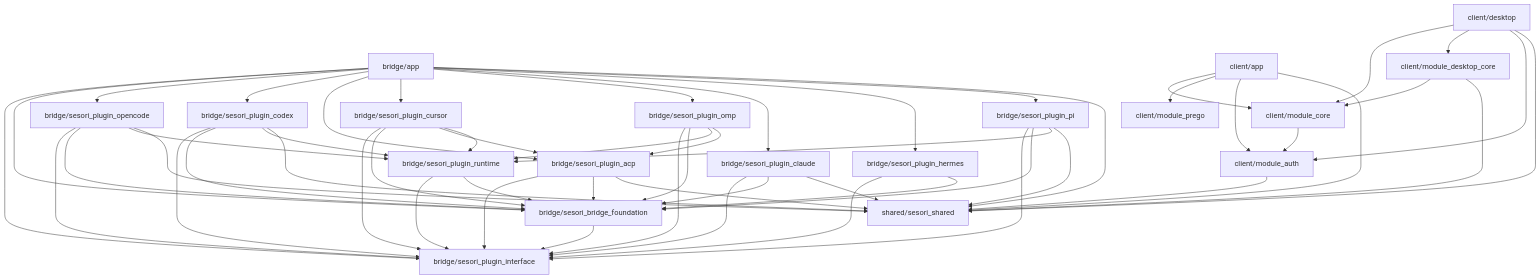
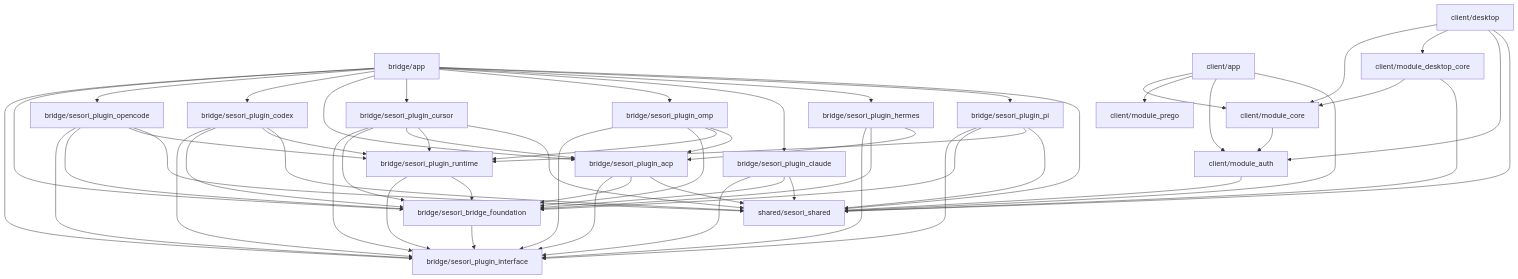
One commit to sesori-ai/sesori_apps_monorepo changed the first of 2 diagrams in docs/ARCHITECTURE.md. Above: the diagram before and after it, drawn with Mermaid. The commit also changed 1 other file, not shown here.

Commit message:
🌿 [codebase-cleanup] docs: correct the GitHubReleasesApi name and two graph edges
Review caught GithubReleasesApi (the class is GitHubReleasesApi) and a missing
hermes -> acp edge; cross-checking every plugin pubspec against the graph found
cursor -> sesori_shared missing too. All declared dependencies are now present.

````diff
--- a/docs/ARCHITECTURE.md
+++ b/docs/ARCHITECTURE.md
@@ -39,58 +39,60 @@
 ```mermaid
 graph TD
   bridge_app[bridge/app] --> sesori_plugin_interface[bridge/sesori_plugin_interface]
   bridge_app --> sesori_bridge_foundation[bridge/sesori_bridge_foundation]
   bridge_app --> sesori_plugin_opencode[bridge/sesori_plugin_opencode]
   bridge_app --> sesori_plugin_codex[bridge/sesori_plugin_codex]
   bridge_app --> sesori_plugin_acp[bridge/sesori_plugin_acp]
   bridge_app --> sesori_plugin_cursor[bridge/sesori_plugin_cursor]
   bridge_app --> sesori_plugin_omp[bridge/sesori_plugin_omp]
   bridge_app --> sesori_plugin_claude[bridge/sesori_plugin_claude]
   bridge_app --> sesori_plugin_hermes[bridge/sesori_plugin_hermes]
   bridge_app --> sesori_plugin_pi[bridge/sesori_plugin_pi]
   bridge_app --> sesori_shared[shared/sesori_shared]
   sesori_bridge_foundation --> sesori_plugin_interface
   sesori_plugin_runtime[bridge/sesori_plugin_runtime] --> sesori_plugin_interface
   sesori_plugin_runtime --> sesori_bridge_foundation
   sesori_plugin_opencode --> sesori_plugin_interface
   sesori_plugin_opencode --> sesori_bridge_foundation
   sesori_plugin_opencode --> sesori_plugin_runtime
   sesori_plugin_opencode --> sesori_shared
   sesori_plugin_codex --> sesori_plugin_interface
   sesori_plugin_codex --> sesori_bridge_foundation
   sesori_plugin_codex --> sesori_plugin_runtime
   sesori_plugin_codex --> sesori_shared
   sesori_plugin_acp --> sesori_plugin_interface
   sesori_plugin_acp --> sesori_bridge_foundation
   sesori_plugin_acp --> sesori_shared
   sesori_plugin_cursor --> sesori_plugin_interface
   sesori_plugin_cursor --> sesori_bridge_foundation
   sesori_plugin_cursor --> sesori_plugin_acp
   sesori_plugin_cursor --> sesori_plugin_runtime
+  sesori_plugin_cursor --> sesori_shared
   sesori_plugin_omp --> sesori_plugin_interface
   sesori_plugin_omp --> sesori_bridge_foundation
   sesori_plugin_omp --> sesori_plugin_runtime
   sesori_plugin_omp --> sesori_plugin_acp
   sesori_plugin_claude --> sesori_plugin_interface
   sesori_plugin_claude --> sesori_bridge_foundation
   sesori_plugin_claude --> sesori_shared
   sesori_plugin_hermes --> sesori_plugin_interface
   sesori_plugin_hermes --> sesori_bridge_foundation
+  sesori_plugin_hermes --> sesori_plugin_acp
   sesori_plugin_pi --> sesori_plugin_interface
   sesori_plugin_pi --> sesori_bridge_foundation
   sesori_plugin_pi --> sesori_plugin_runtime
   sesori_plugin_pi --> sesori_shared
 
   mobile_app[client/app] --> module_core[client/module_core]
   mobile_app --> module_prego[client/module_prego]
   mobile_app --> module_auth[client/module_auth]
   mobile_app --> sesori_shared
   desktop_app[client/desktop] --> module_core
   desktop_app --> module_desktop_core[client/module_desktop_core]
   desktop_app --> module_auth
   desktop_app --> sesori_shared
   module_desktop_core --> module_core
   module_desktop_core --> sesori_shared
   module_core --> module_auth
   module_auth --> sesori_shared
 ```
````
